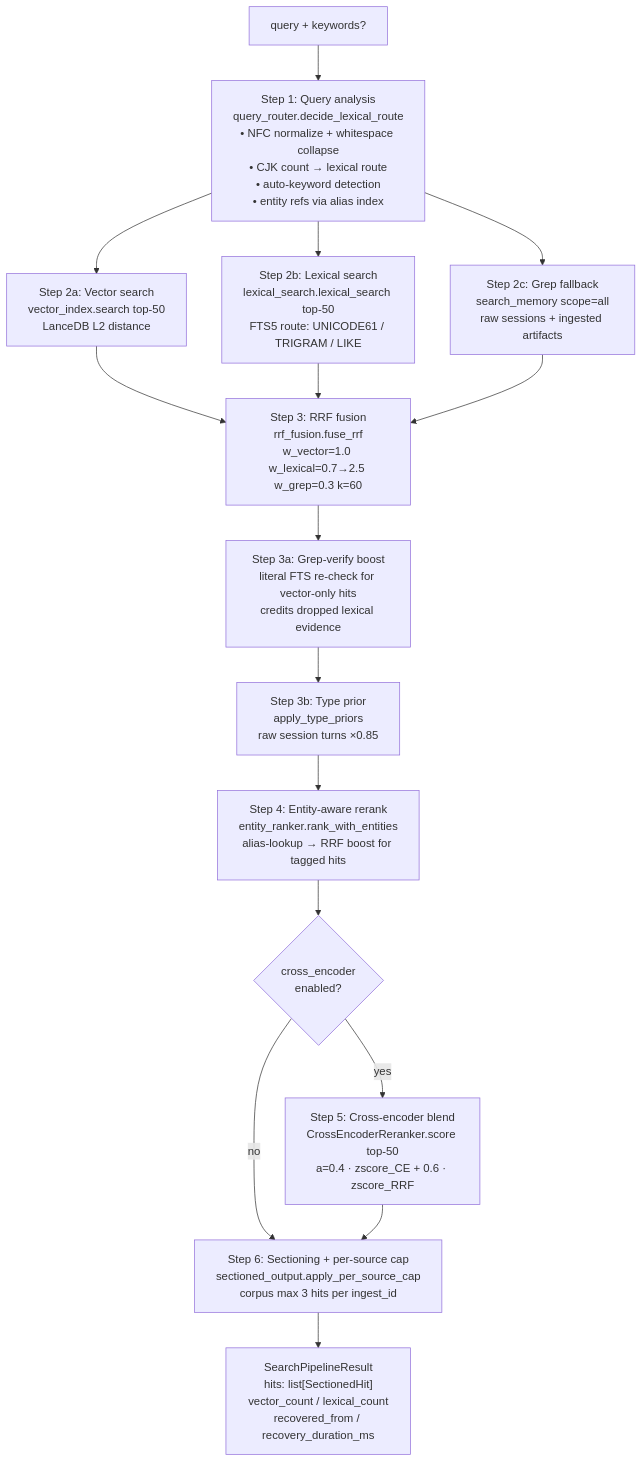
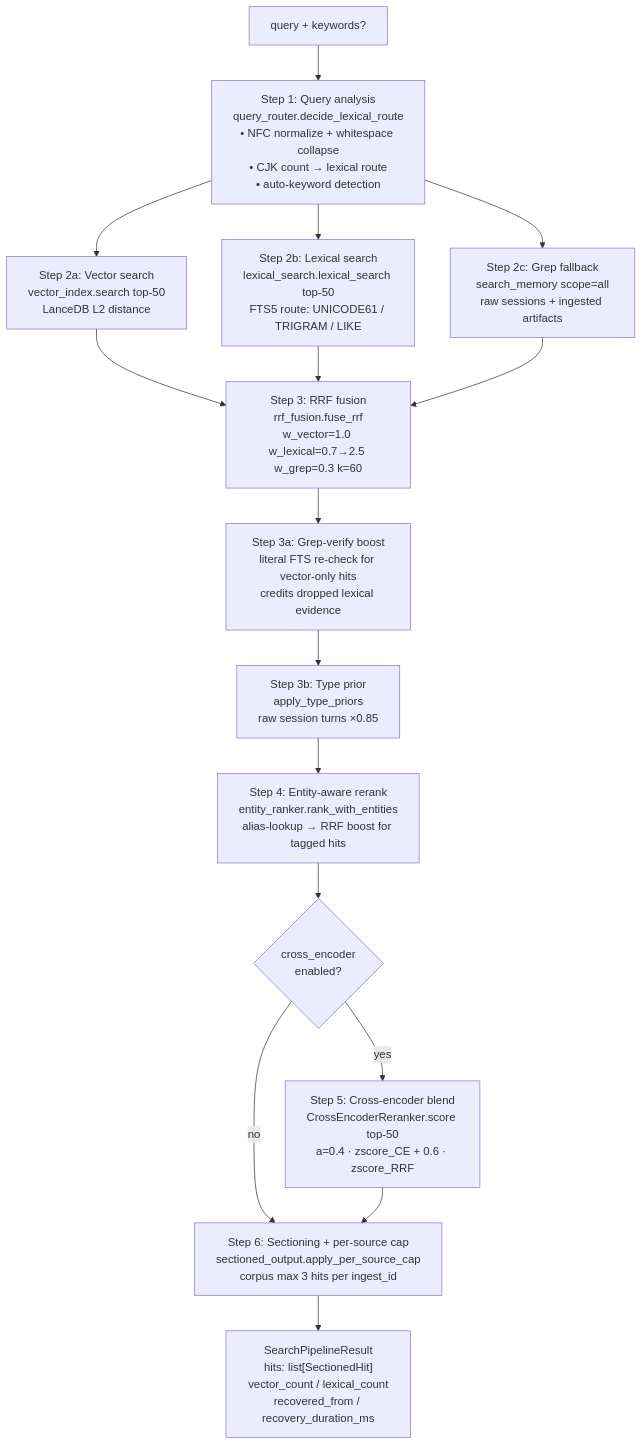
Before and after one commit to mmarmol/durin: the diagram in docs/internals/memory/03_search_pipeline.md, drawn with Mermaid. The commit also changed other lines of this file and 38 other files, not shown here.

````diff
--- a/docs/internals/memory/03_search_pipeline.md
+++ b/docs/internals/memory/03_search_pipeline.md
@@ -30,24 +30,24 @@
 ```mermaid
 flowchart TD
-    Q["query + keywords?"] --> QA["Step 1: Query analysis\nquery_router.decide_lexical_route\n• NFC normalize + whitespace collapse\n• CJK count → lexical route\n• auto-keyword detection\n• entity refs via alias index"]
+    Q["query + keywords?"] --> QA["Step 1: Query analysis\nquery_router.decide_lexical_route\n• NFC normalize + whitespace collapse\n• CJK count → lexical route\n• auto-keyword detection"]
 
     QA --> VS["Step 2a: Vector search\nvector_index.search top-50\nLanceDB L2 distance"]
     QA --> LS["Step 2b: Lexical search\nlexical_search.lexical_search top-50\nFTS5 route: UNICODE61 / TRIGRAM / LIKE"]
     QA --> GR["Step 2c: Grep fallback\nsearch_memory scope=all\nraw sessions + ingested artifacts"]
 
     VS --> RRF["Step 3: RRF fusion\nrrf_fusion.fuse_rrf\nw_vector=1.0 w_lexical=0.7→2.5 w_grep=0.3 k=60"]
     LS --> RRF
     GR --> RRF
 
     RRF --> GVB["Step 3a: Grep-verify boost\nliteral FTS re-check for vector-only hits\ncredits dropped lexical evidence"]
     GVB --> TP["Step 3b: Type prior\napply_type_priors\nraw session turns ×0.85"]
 
     TP --> ER["Step 4: Entity-aware rerank\nentity_ranker.rank_with_entities\nalias-lookup → RRF boost for tagged hits"]
 
     ER --> CE{"cross_encoder\nenabled?"}
     CE -- "yes" --> CER["Step 5: Cross-encoder blend\nCrossEncoderReranker.score top-50\na=0.4 · zscore_CE + 0.6 · zscore_RRF"]
     CE -- "no" --> SEC
     CER --> SEC["Step 6: Sectioning + per-source cap\nsectioned_output.apply_per_source_cap\ncorpus max 3 hits per ingest_id"]
 
     SEC --> OUT["SearchPipelineResult\nhits: list[SectionedHit]\nvector_count / lexical_count\nrecovered_from / recovery_duration_ms"]
 ```
````
